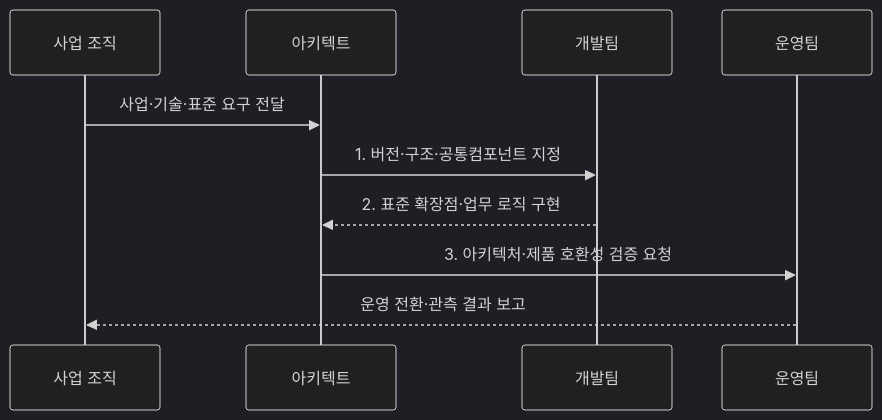
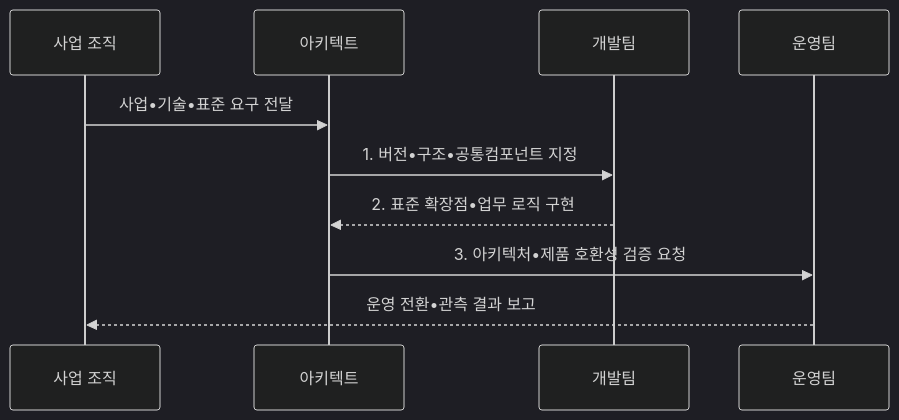
Before and after one commit to agnusdei1207/knowledge-base: the second of 2 diagrams in src/content/docs/notes/07-law-policy/045_egovernment_standard_framework.md, drawn with Mermaid (dark theme). The commit also changed other lines of this file and 953 other files, not shown here.

````diff
--- a/src/content/docs/notes/07-law-policy/045_egovernment_standard_framework.md
+++ b/src/content/docs/notes/07-law-policy/045_egovernment_standard_framework.md
@@ -98,12 +98,12 @@
 ```mermaid
 sequenceDiagram
     participant O as 사업 조직
     participant A as 아키텍트
     participant D as 개발팀
     participant R as 운영팀
-    O->>A: 사업·기술·표준 요구 전달
-    A->>D: 1. 버전·구조·공통컴포넌트 지정
-    D-->>A: 2. 표준 확장점·업무 로직 구현
-    A->>R: 3. 아키텍처·제품 호환성 검증 요청
-    R-->>O: 운영 전환·관측 결과 보고
+    O->>A: 사업•기술•표준 요구 전달
+    A->>D: 1. 버전•구조•공통컴포넌트 지정
+    D-->>A: 2. 표준 확장점•업무 로직 구현
+    A->>R: 3. 아키텍처•제품 호환성 검증 요청
+    R-->>O: 운영 전환•관측 결과 보고
 ```
````
